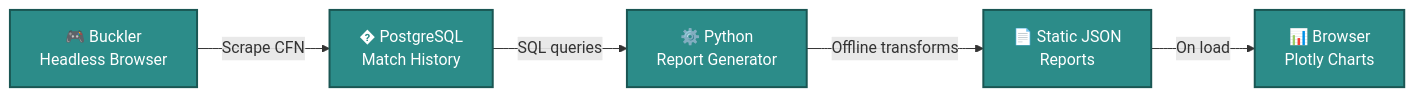
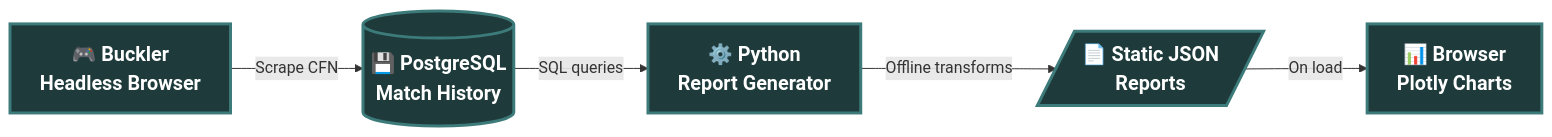
Before and after one commit to zach-king-analytics/personal_site: the diagram in docs/work/sf6/index.md, drawn with Mermaid. The commit also changed 2 other files, not shown here.

Commit message:
fixed the architecture diagram

````diff
--- a/docs/work/sf6/index.md
+++ b/docs/work/sf6/index.md
@@ -19,16 +19,16 @@
 ```mermaid
 graph LR
   A["🎮 Buckler<br/>Headless Browser"]
-  B["� PostgreSQL<br/>Match History"]
+  B[("💾 PostgreSQL<br/>Match History")]
   C["⚙️ Python<br/>Report Generator"]
-  D["📄 Static JSON<br/>Reports"]
+  D[/"📄 Static JSON<br/>Reports"/]
   E["📊 Browser<br/>Plotly Charts"]
   
   A -->|Scrape CFN| B
   B -->|SQL queries| C
   C -->|Offline transforms| D
   D -->|On load| E
   
-  classDef stage fill:#2c8c89,stroke:#1a5653,stroke-width:2px,color:#fff
+  classDef stage fill:#1e3a3a,stroke:#3d7a7a,stroke-width:3px,color:#fff,font-size:20px,font-weight:bold
   class A,B,C,D,E stage
 ```
````
